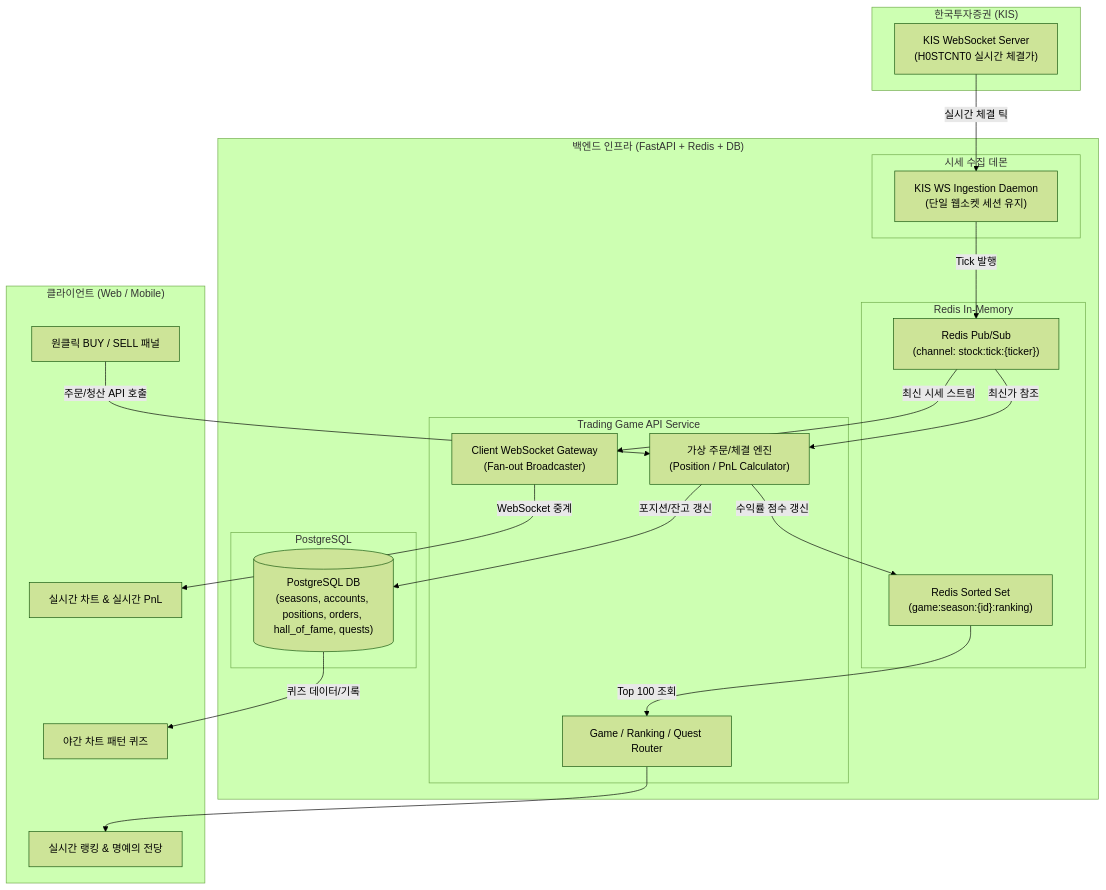
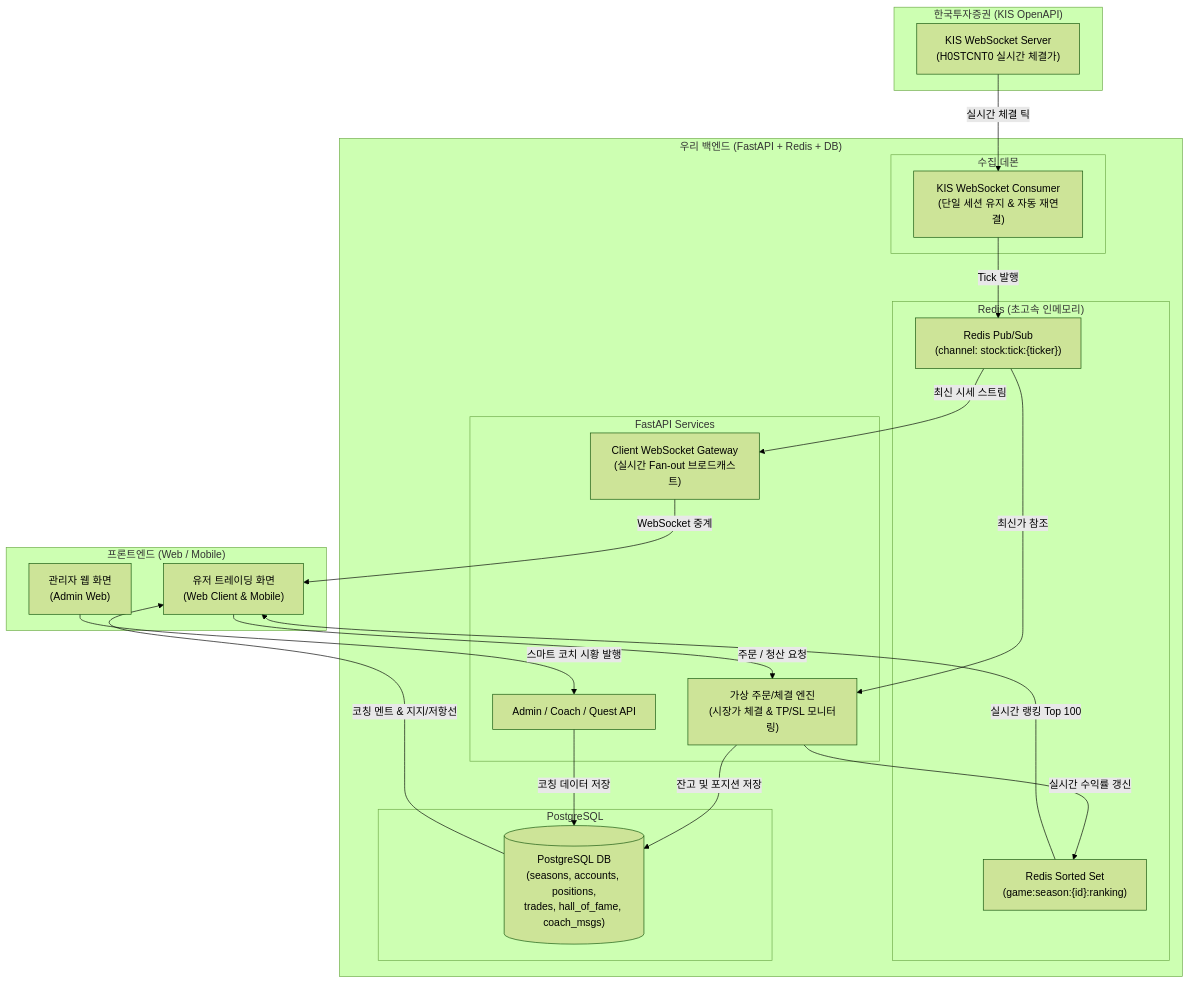
Before and after one commit to kyuseokyi/stock_app: the second of 2 diagrams in docs/trading_game_plan.md, drawn with Mermaid (forest theme). The commit also changed other lines of this file, not shown here.

Commit message:
docs: finalize master specification for trading game in docs folder

````diff
--- a/docs/trading_game_plan.md
+++ b/docs/trading_game_plan.md
@@ -84,49 +160,47 @@
 ```mermaid
 flowchart TD
-    subgraph External ["한국투자증권 (KIS)"]
-        KIS_WS["KIS WebSocket Server<br>(H0STCNT0 실시간 체결가)"]
+    subgraph KIS ["한국투자증권 (KIS OpenAPI)"]
+        KW["KIS WebSocket Server<br>(H0STCNT0 실시간 체결가)"]
     end
 
-    subgraph BackendApp ["백엔드 인프라 (FastAPI + Redis + DB)"]
-        subgraph IngestionWorker ["시세 수집 데몬"]
-            CONSUMER["KIS WS Ingestion Daemon<br>(단일 웹소켓 세션 유지)"]
+    subgraph Backend ["우리 백엔드 (FastAPI + Redis + DB)"]
+        subgraph Daemon ["수집 데몬"]
+            CONSUMER["KIS WebSocket Consumer<br>(단일 세션 유지 & 자동 재연결)"]
         end
 
-        subgraph MemoryLayer ["Redis In-Memory"]
+        subgraph RedisLayer ["Redis (초고속 인메모리)"]
             PUB_SUB["Redis Pub/Sub<br>(channel: stock:tick:{ticker})"]
             ZSET["Redis Sorted Set<br>(game:season:{id}:ranking)"]
         end
 
-        subgraph CoreAPIService ["Trading Game API Service"]
-            ORDER_ENGINE["가상 주문/체결 엔진<br>(Position / PnL Calculator)"]
-            WS_GATEWAY["Client WebSocket Gateway<br>(Fan-out Broadcaster)"]
-            REST_ROUTER["Game / Ranking / Quest Router"]
+        subgraph CoreApp ["FastAPI Services"]
+            WS_GATEWAY["Client WebSocket Gateway<br>(실시간 Fan-out 브로드캐스트)"]
+            ORDER_ENG["가상 주문/체결 엔진<br>(시장가 체결 & TP/SL 모니터링)"]
+            ADMIN_API["Admin / Coach / Quest API"]
         end
 
-        subgraph Persistence ["PostgreSQL"]
-            PG_DB[("PostgreSQL DB<br>(seasons, accounts, positions, orders, hall_of_fame, quests)")]
+        subgraph DB ["PostgreSQL"]
+            PG_DB[("PostgreSQL DB<br>(seasons, accounts, positions,<br>trades, hall_of_fame, coach_msgs)")]
         end
     end
 
-    subgraph ClientApp ["클라이언트 (Web / Mobile)"]
-        CHART_VIEW["실시간 차트 & 실시간 PnL"]
-        ORDER_PANEL["원클릭 BUY / SELL 패널"]
-        LEADERBOARD["실시간 랭킹 & 명예의 전당"]
-        QUIZ_VIEW["야간 차트 패턴 퀴즈"]
+    subgraph Client ["프론트엔드 (Web / Mobile)"]
+        UI_USER["유저 트레이딩 화면<br>(Web Client & Mobile)"]
+        UI_ADMIN["관리자 웹 화면<br>(Admin Web)"]
     end
 
-    KIS_WS -->|실시간 체결 틱| CONSUMER
+    KW -->|실시간 체결 틱| CONSUMER
     CONSUMER -->|Tick 발행| PUB_SUB
     PUB_SUB -->|최신 시세 스트림| WS_GATEWAY
-    PUB_SUB -->|최신가 참조| ORDER_ENGINE
+    PUB_SUB -->|최신가 참조| ORDER_ENG
 
-    WS_GATEWAY -->|WebSocket 중계| CHART_VIEW
-    ORDER_PANEL -->|주문/청산 API 호출| ORDER_ENGINE
+    WS_GATEWAY -->|WebSocket 중계| UI_USER
+    UI_USER -->|주문 / 청산 요청| ORDER_ENG
+    ORDER_ENG -->|잔고 및 포지션 저장| PG_DB
+    ORDER_ENG -->|실시간 수익률 갱신| ZSET
 
-    ORDER_ENGINE -->|포지션/잔고 갱신| PG_DB
-    ORDER_ENGINE -->|수익률 점수 갱신| ZSET
-
-    ZSET -->|Top 100 조회| REST_ROUTER
-    REST_ROUTER --> LEADERBOARD
-    PG_DB -->|퀴즈 데이터/기록| QUIZ_VIEW
+    ZSET -->|실시간 랭킹 Top 100| UI_USER
+    UI_ADMIN -->|스마트 코치 시황 발행| ADMIN_API
+    ADMIN_API -->|코칭 데이터 저장| PG_DB
+    PG_DB -->|코칭 멘트 & 지지/저항선| UI_USER
 ```
````
